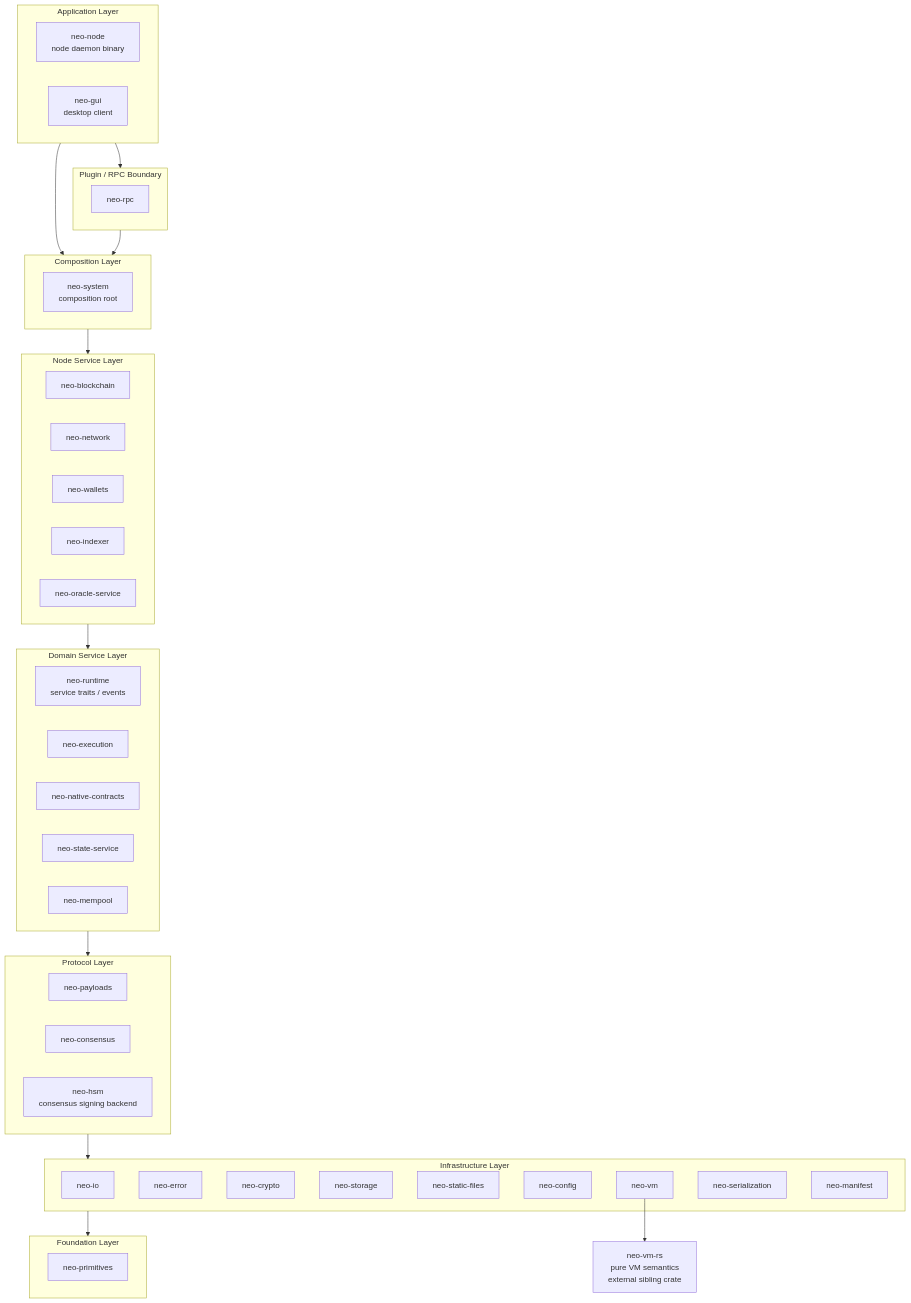
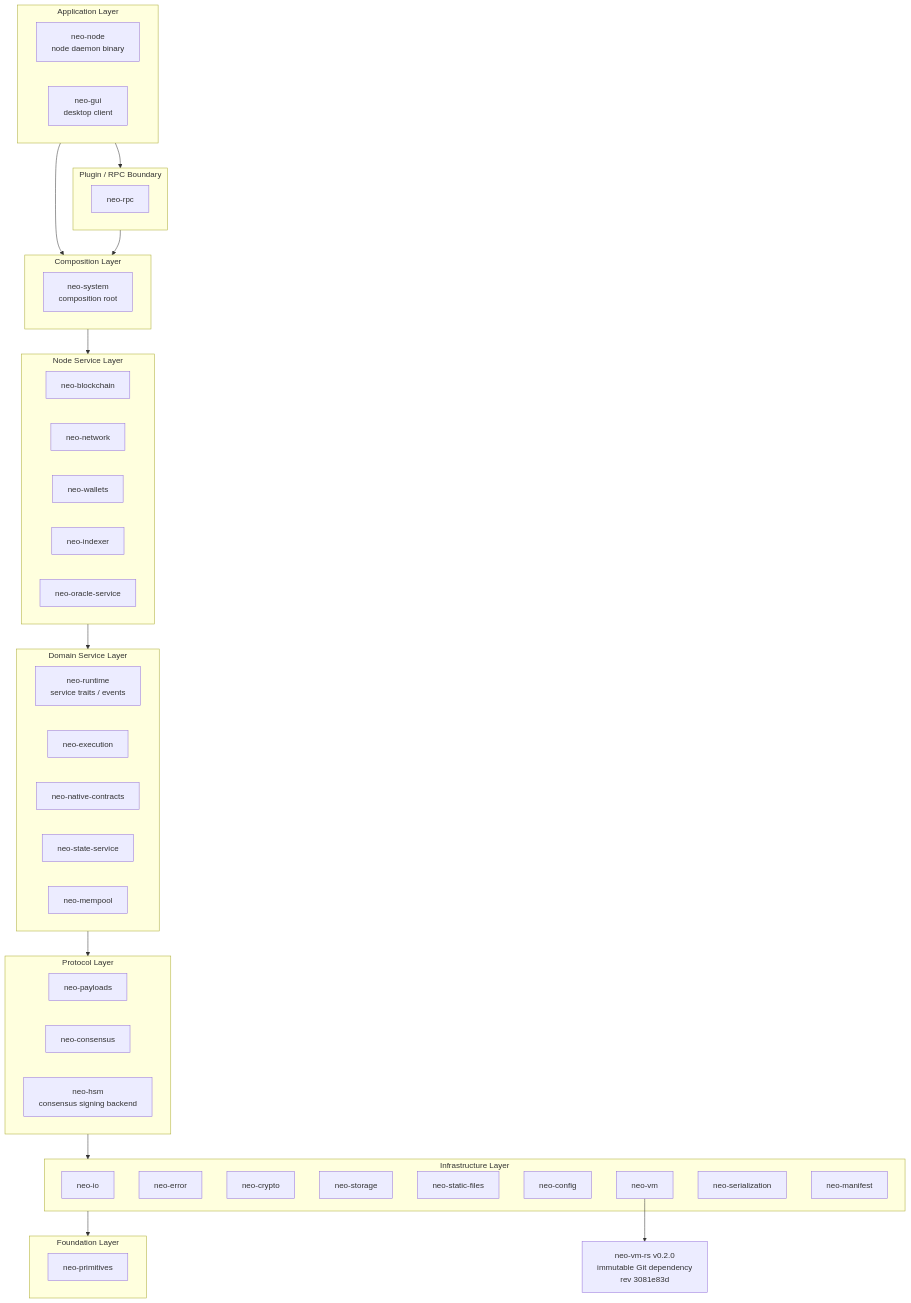
One commit to r3e-network/neo-rs changed the diagram in docs/architecture.md. Above: the diagram before and after it, drawn with Mermaid. The commit also changed other lines of this file and 6 other files, not shown here.

````diff
--- a/docs/architecture.md
+++ b/docs/architecture.md
@@ -26,65 +26,65 @@
 ```mermaid
 flowchart TD
     subgraph APP["Application Layer"]
         node[neo-node<br/>node daemon binary]
         gui[neo-gui<br/>desktop client]
     end
 
     subgraph PLUG["Plugin / RPC Boundary"]
         rpc[neo-rpc]
     end
 
     subgraph COMP["Composition Layer"]
         system[neo-system<br/>composition root]
     end
 
     subgraph SVC["Node Service Layer"]
         blockchain[neo-blockchain]
         network[neo-network]
         wallets[neo-wallets]
         indexer[neo-indexer]
         oracle[neo-oracle-service]
     end
 
     subgraph DOM["Domain Service Layer"]
         runtime[neo-runtime<br/>service traits / events]
         execution[neo-execution]
         natives[neo-native-contracts]
         state[neo-state-service]
         mempool[neo-mempool]
     end
 
     subgraph PROTO["Protocol Layer"]
         payloads[neo-payloads]
         consensus[neo-consensus]
         hsm[neo-hsm<br/>consensus signing backend]
     end
 
     subgraph INF["Infrastructure Layer"]
         io[neo-io]
         error[neo-error]
         crypto[neo-crypto]
         storage[neo-storage]
         static[neo-static-files]
         config[neo-config]
         vm[neo-vm]
         serialization[neo-serialization]
         manifest[neo-manifest]
     end
 
     subgraph FND["Foundation Layer"]
         primitives[neo-primitives]
     end
 
-    extvm[neo-vm-rs<br/>pure VM semantics<br/>external sibling crate]
+    extvm[neo-vm-rs v0.2.0<br/>immutable Git dependency<br/>rev 3081e83d]
 
     APP --> PLUG
     APP --> COMP
     PLUG --> COMP
     COMP --> SVC
     SVC --> DOM
     DOM --> PROTO
     PROTO --> INF
     INF --> FND
     vm --> extvm
 ```
````
